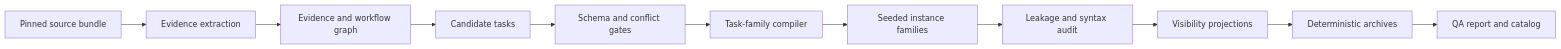
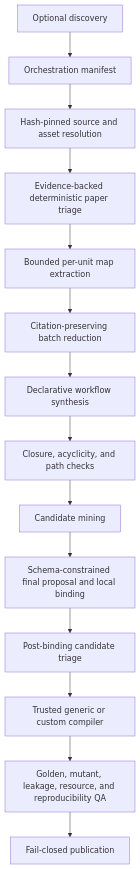
Before and after one commit to jingxuxie/ALE_scalable_pipeline: the diagram in docs/ARCHITECTURE.md, drawn with Mermaid. The commit also changed other lines of this file and 78 other files, not shown here.

````diff
--- a/docs/ARCHITECTURE.md
+++ b/docs/ARCHITECTURE.md
@@ -26,13 +37,16 @@
 ```mermaid
-flowchart LR
-    S["Pinned source bundle"] --> X["Evidence extraction"]
-    X --> G["Evidence and workflow graph"]
-    G --> C["Candidate tasks"]
-    C --> V["Schema and conflict gates"]
-    V --> F["Task-family compiler"]
-    F --> I["Seeded instance families"]
-    I --> A["Leakage and syntax audit"]
-    A --> P["Visibility projections"]
-    P --> Z["Deterministic archives"]
-    Z --> Q["QA report and catalog"]
+flowchart TD
+    D["Optional discovery"] --> M["Orchestration manifest"]
+    M --> R["Hash-pinned source and asset resolution"]
+    R --> PT["Evidence-backed deterministic paper triage"]
+    PT --> MAP["Bounded per-unit map extraction"]
+    MAP --> RED["Citation-preserving batch reduction"]
+    RED --> WF["Declarative workflow synthesis"]
+    WF --> CL["Closure, acyclicity, and path checks"]
+    CL --> CM["Candidate mining"]
+    CM --> FP["Schema-constrained final proposal and local binding"]
+    FP --> TT["Post-binding candidate triage"]
+    TT --> GC["Trusted generic or custom compiler"]
+    GC --> QA["Golden, mutant, leakage, resource, and reproducibility QA"]
+    QA --> PUB["Fail-closed publication"]
 ```
````
